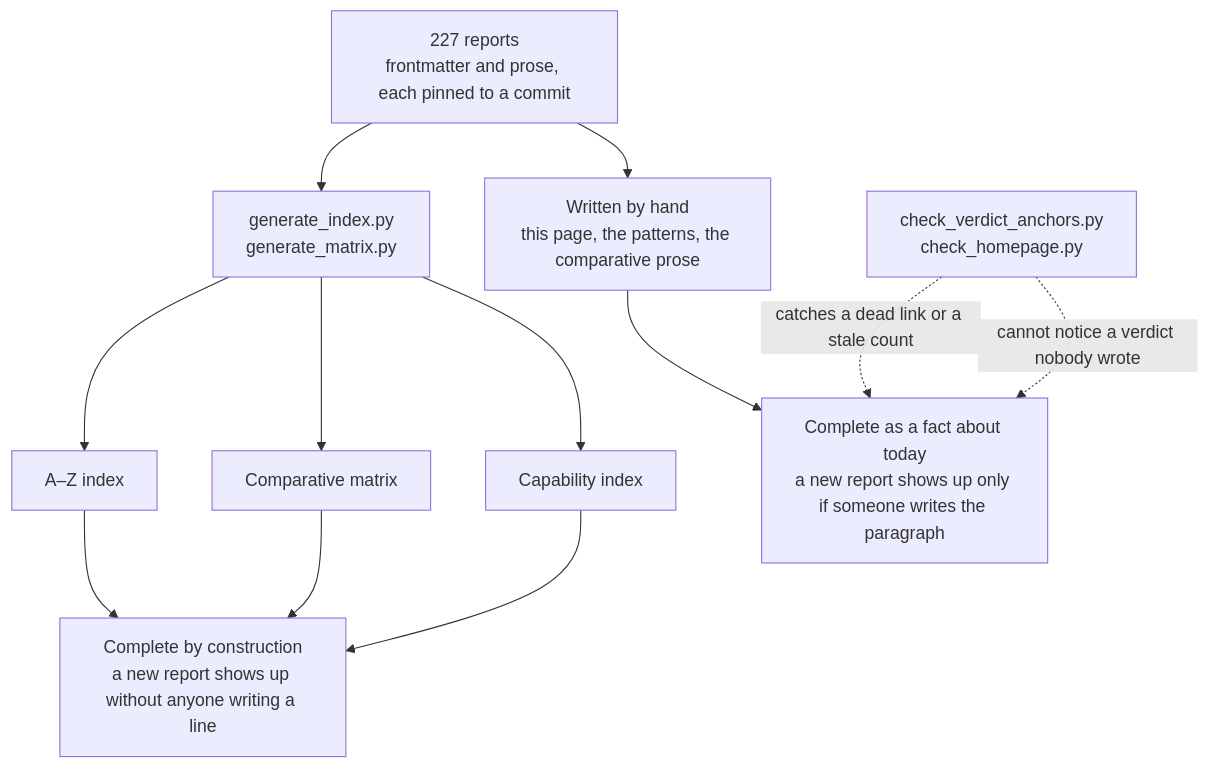
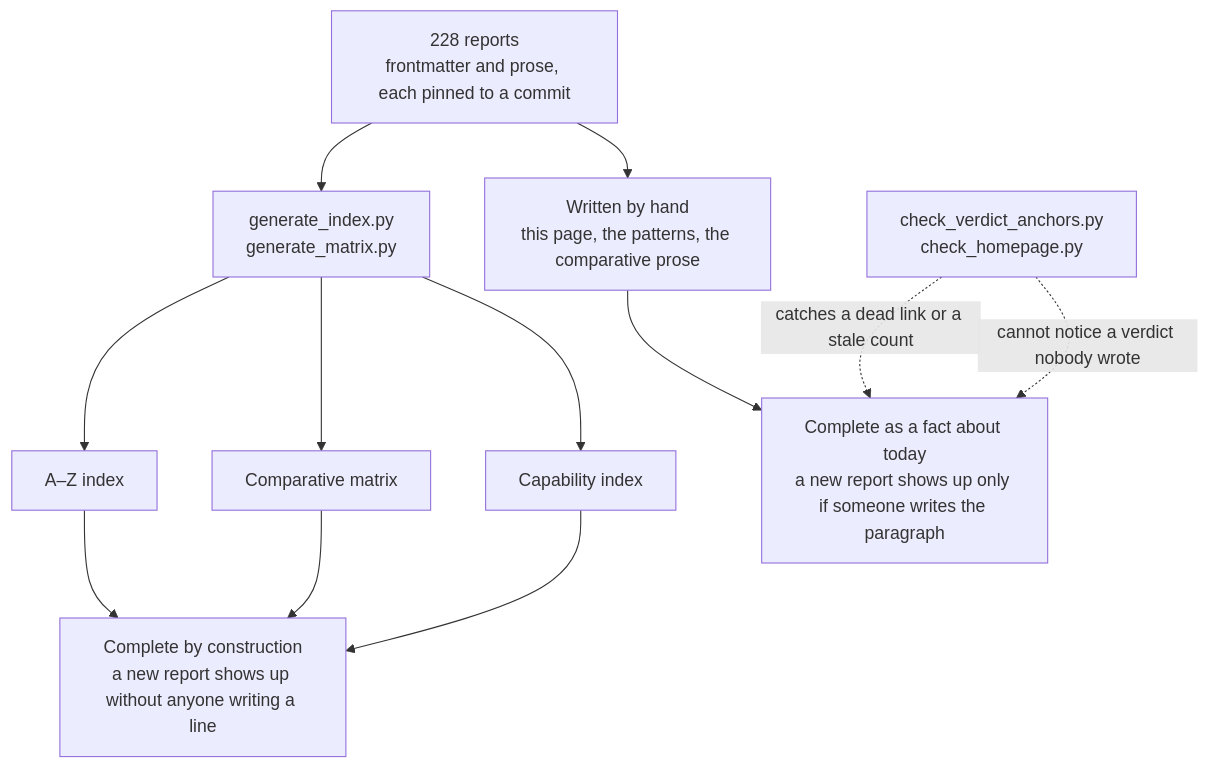
The diagram in content/verdicts.md (neoneye/agent-memory-atlas), drawn with Mermaid before and after one commit. The commit also changed other lines of this file and 20 other files, not shown here.

````diff
--- a/content/verdicts.md
+++ b/content/verdicts.md
@@ -40,15 +40,15 @@
 ```mermaid
 flowchart TD
-    R["227 reports<br/>frontmatter and prose, each pinned to a commit"]
+    R["228 reports<br/>frontmatter and prose, each pinned to a commit"]
     R --> GEN["generate_index.py<br/>generate_matrix.py"]
     R --> HAND["Written by hand<br/>this page, the patterns, the comparative prose"]
     GEN --> AZ["A–Z index"]
     GEN --> MX["Comparative matrix"]
     GEN --> CI["Capability index"]
     AZ --> CONST["Complete by construction<br/>a new report shows up without anyone writing a line"]
     MX --> CONST
     CI --> CONST
     HAND --> TODAY["Complete as a fact about today<br/>a new report shows up only if someone writes the paragraph"]
     CHK["check_verdict_anchors.py<br/>check_homepage.py"] -.->|"catches a dead link or a stale count"| TODAY
     CHK -.->|"cannot notice a verdict nobody wrote"| TODAY
 ```
````
